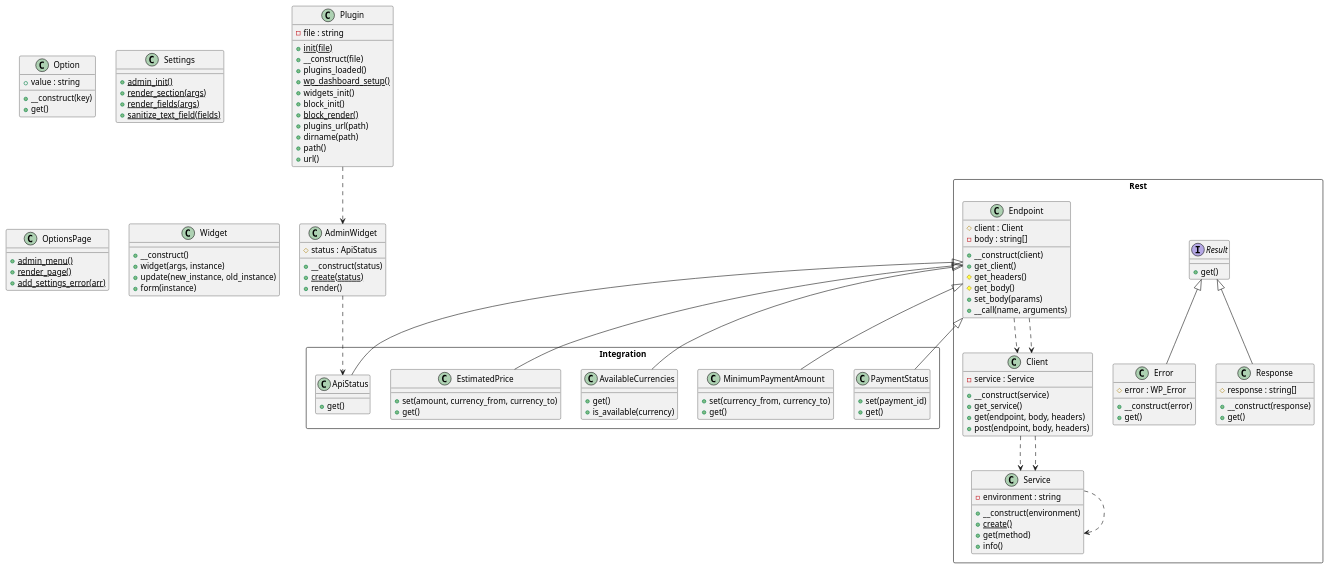
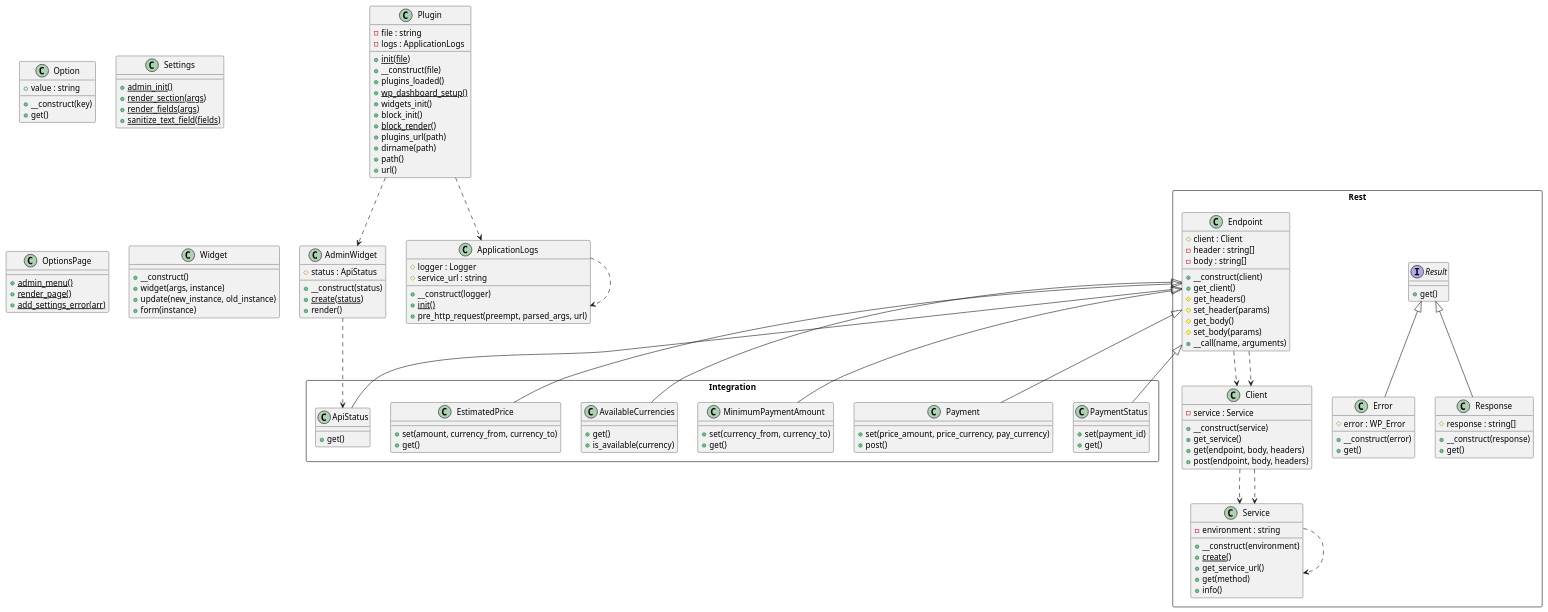
The diagram in plantuml_gist.puml (lloc/wp-nowpayments-integration), drawn with PlantUML before and after one commit.

Commit message:
Diagram recreated

```diff
--- a/plantuml_gist.puml
+++ b/plantuml_gist.puml
@@ -1,118 +1,136 @@
 @startuml class-diagram
   class Option {
     +value : string
     +__construct(key)
     +get()
   }
   class Settings {
     {static} +admin_init()
     {static} +render_section(args)
     {static} +render_fields(args)
     {static} +sanitize_text_field(fields)
   }
   class Plugin {
     -file : string
+    -logs : ApplicationLogs
     {static} +init(file)
     +__construct(file)
     +plugins_loaded()
     {static} +wp_dashboard_setup()
     +widgets_init()
     +block_init()
     {static} +block_render()
     +plugins_url(path)
     +dirname(path)
     +path()
     +url()
   }
   class AdminWidget {
     #status : ApiStatus
     +__construct(status)
     {static} +create(status)
     +render()
   }
+  class ApplicationLogs {
+    #logger : Logger
+    #service_url : string
+    +__construct(logger)
+    {static} +init()
+    +pre_http_request(preempt, parsed_args, url)
+  }
   class OptionsPage {
     {static} +admin_menu()
     {static} +render_page()
     {static} +add_settings_error(arr)
   }
   class Widget {
     +__construct()
     +widget(args, instance)
     +update(new_instance, old_instance)
     +form(instance)
   }
   package Integration as Integration <<Rectangle>> {
     class Integration.ApiStatus {
       +get()
+    }
+    class Integration.Payment {
+      +set(price_amount, price_currency, pay_currency)
+      +post()
     }
     class Integration.MinimumPaymentAmount {
       +set(currency_from, currency_to)
       +get()
     }
     class Integration.AvailableCurrencies {
       +get()
       +is_available(currency)
     }
     class Integration.EstimatedPrice {
       +set(amount, currency_from, currency_to)
       +get()
     }
     class Integration.PaymentStatus {
       +set(payment_id)
       +get()
     }
   }
   package Rest as Rest <<Rectangle>> {
     interface Rest.Result {
       +get()
     }
     class Rest.Error {
       #error : WP_Error
       +__construct(error)
       +get()
     }
     class Rest.Service {
       -environment : string
       +__construct(environment)
       {static} +create()
+      +get_service_url()
       +get(method)
       +info()
     }
     class Rest.Client {
       -service : Service
       +__construct(service)
       +get_service()
       +get(endpoint, body, headers)
       +post(endpoint, body, headers)
     }
     class Rest.Response {
       #response : string[]
       +__construct(response)
       +get()
     }
     class Rest.Endpoint {
       #client : Client
+      -header : string[]
       -body : string[]
       +__construct(client)
       +get_client()
       #get_headers()
+      #set_header(params)
       #get_body()
-      +set_body(params)
+      #set_body(params)
       +__call(name, arguments)
     }
   }
   AdminWidget ..> Integration.ApiStatus
+  ApplicationLogs ..> ApplicationLogs
   Plugin ..> AdminWidget
+  Plugin ..> ApplicationLogs
   Rest.Client ..> Rest.Service
   Rest.Client ..> Rest.Service
   Rest.Endpoint ..> Rest.Client
   Rest.Endpoint ..> Rest.Client
   Rest.Endpoint <|-- Integration.ApiStatus
   Rest.Endpoint <|-- Integration.AvailableCurrencies
   Rest.Endpoint <|-- Integration.EstimatedPrice
   Rest.Endpoint <|-- Integration.MinimumPaymentAmount
+  Rest.Endpoint <|-- Integration.Payment
   Rest.Endpoint <|-- Integration.PaymentStatus
   Rest.Result <|-- Rest.Error
   Rest.Result <|-- Rest.Response
   Rest.Service ..> Rest.Service
 @enduml
```
